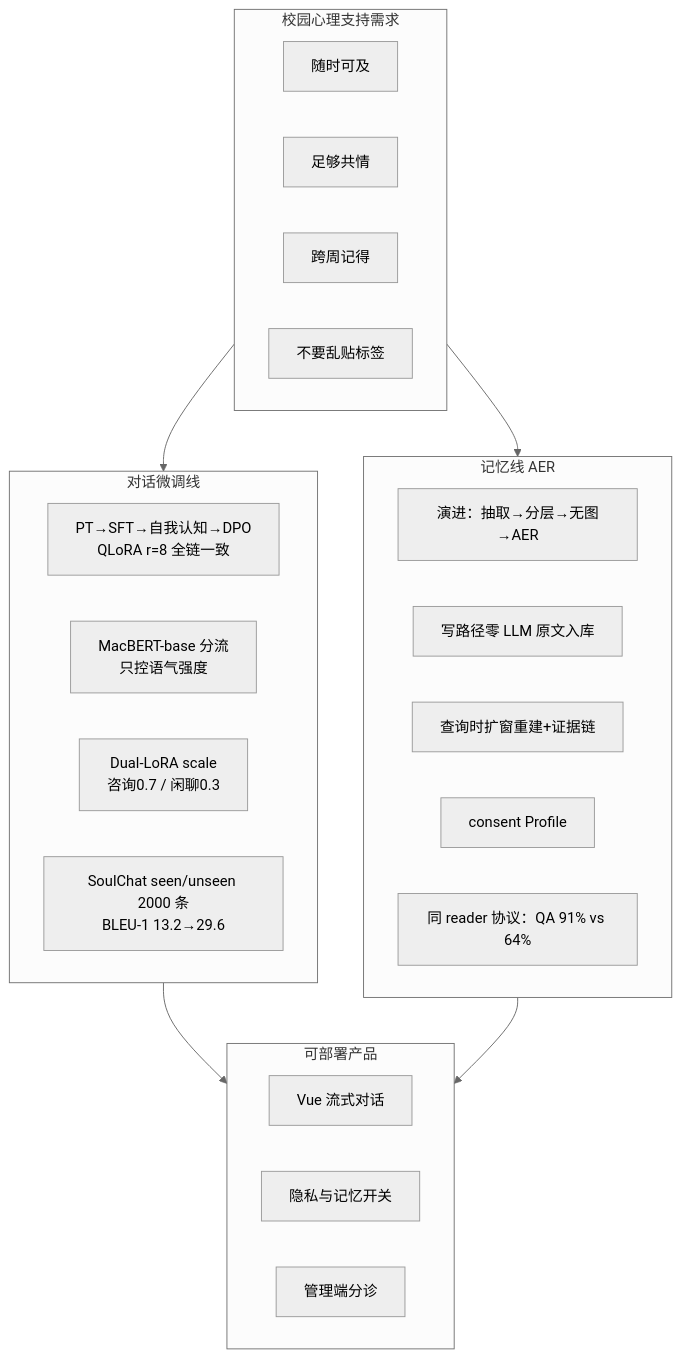
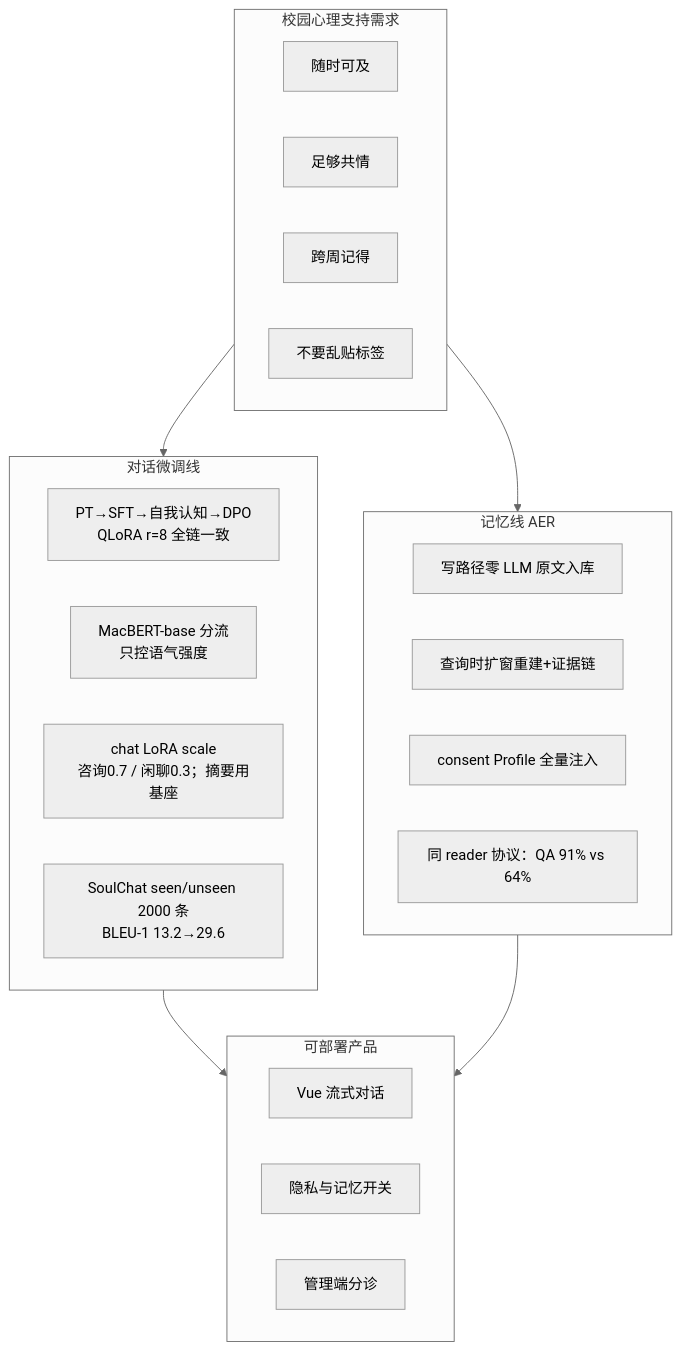
One commit to Hi-Zachary/Soulharbor changed the diagram in 项目文档/00_SoulHarbor故事与终稿叙事.md. Above: the diagram before and after it, drawn with Mermaid (neutral theme). The commit also changed other lines of this file and 11 other files, not shown here.

First line of the commit message:
Align docs with AER + chat-only stack; summarize on base model.

````diff
--- a/项目文档/00_SoulHarbor故事与终稿叙事.md
+++ b/项目文档/00_SoulHarbor故事与终稿叙事.md
@@ -164,33 +175,32 @@
 ```mermaid
 flowchart TB
   subgraph Need["校园心理支持需求"]
     N1[随时可及]
     N2[足够共情]
     N3[跨周记得]
     N4[不要乱贴标签]
   end
 
   subgraph Tune["对话微调线"]
     T1[PT→SFT→自我认知→DPO<br/>QLoRA r=8 全链一致]
     T2[MacBERT-base 分流<br/>只控语气强度]
-    T3[Dual-LoRA scale<br/>咨询0.7 / 闲聊0.3]
+    T3[chat LoRA scale<br/>咨询0.7 / 闲聊0.3；摘要用基座]
     T4[SoulChat seen/unseen 2000 条<br/>BLEU-1 13.2→29.6]
   end
 
   subgraph Mem["记忆线 AER"]
-    M1[演进：抽取→分层→无图→AER]
-    M2[写路径零 LLM 原文入库]
-    M3[查询时扩窗重建+证据链]
-    M4[consent Profile]
-    M5[同 reader 协议：QA 91% vs 64%]
+    M1[写路径零 LLM 原文入库]
+    M2[查询时扩窗重建+证据链]
+    M3[consent Profile 全量注入]
+    M4[同 reader 协议：QA 91% vs 64%]
   end
 
   subgraph Out["可部署产品"]
     P1[Vue 流式对话]
     P2[隐私与记忆开关]
     P3[管理端分诊]
   end
 
   Need --> Tune --> Out
   Need --> Mem --> Out
 ```
````
